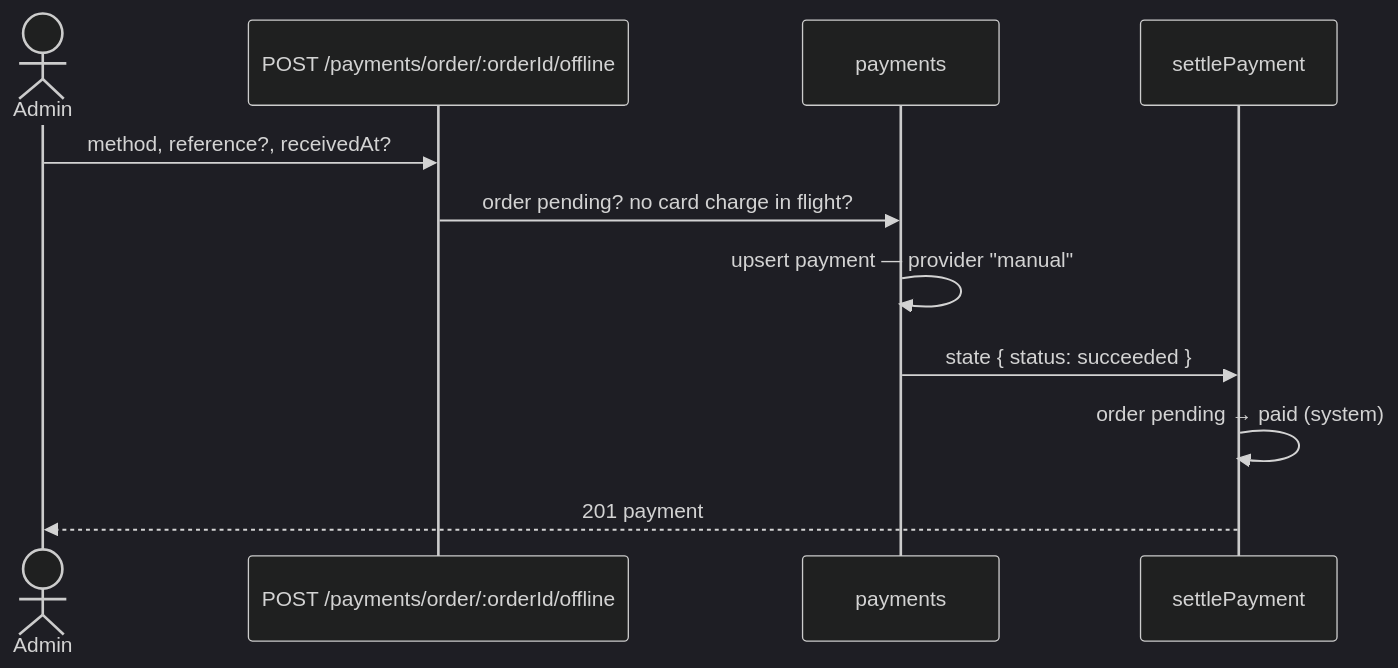
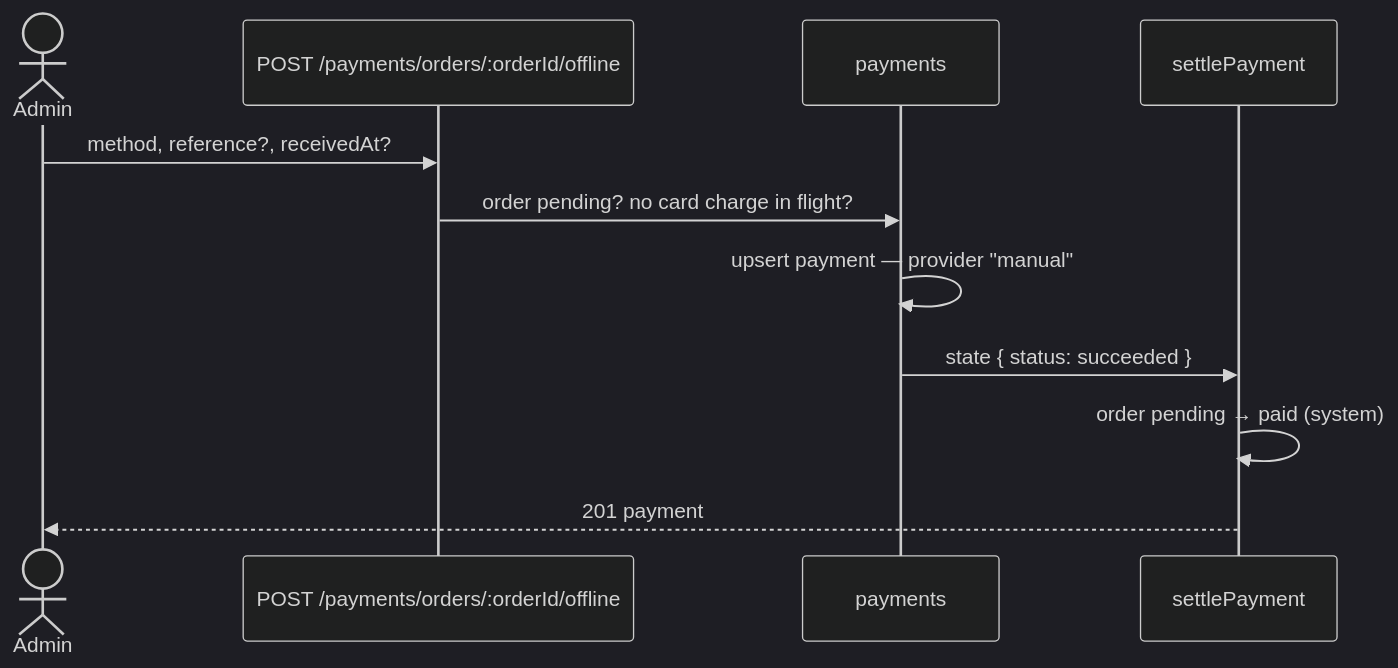
The sixth of 12 diagrams in docs/modules/payments.md (Guebbit/boilerplate-node-backend), drawn with Mermaid (dark theme) before and after one commit. The commit also changed other lines of this file and 45 other files, not shown here.

First line of the commit message:
feat(payments)!: plural /payments/orders/{orderId} and /delivery/orders/{orderId}

````diff
--- a/docs/modules/payments.md
+++ b/docs/modules/payments.md
@@ -313,13 +313,13 @@
 ```mermaid
 sequenceDiagram
     actor Admin
-    participant API as POST /payments/order/:orderId/offline
+    participant API as POST /payments/orders/:orderId/offline
     participant Pay as payments
     participant Set as settlePayment
     Admin->>API: method, reference?, receivedAt?
     API->>Pay: order pending? no card charge in flight?
     Pay->>Pay: upsert payment — provider "manual"
     Pay->>Set: state { status: succeeded }
     Set->>Set: order pending → paid (system)
     Set-->>Admin: 201 payment
 ```
````
